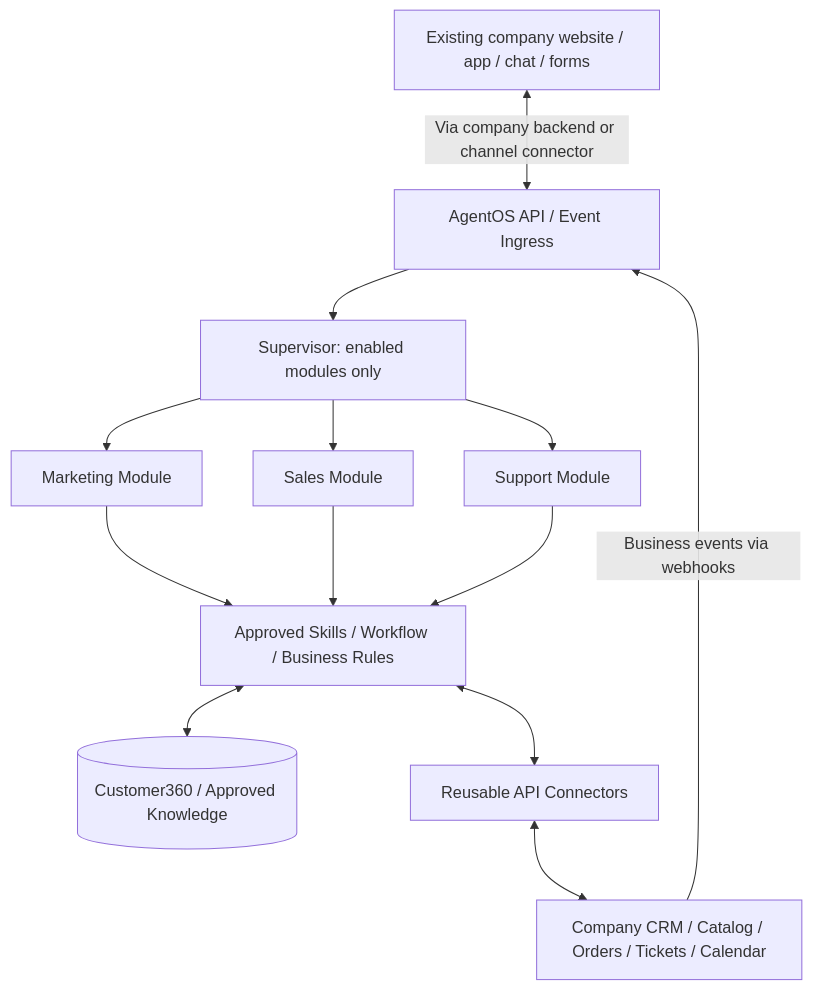
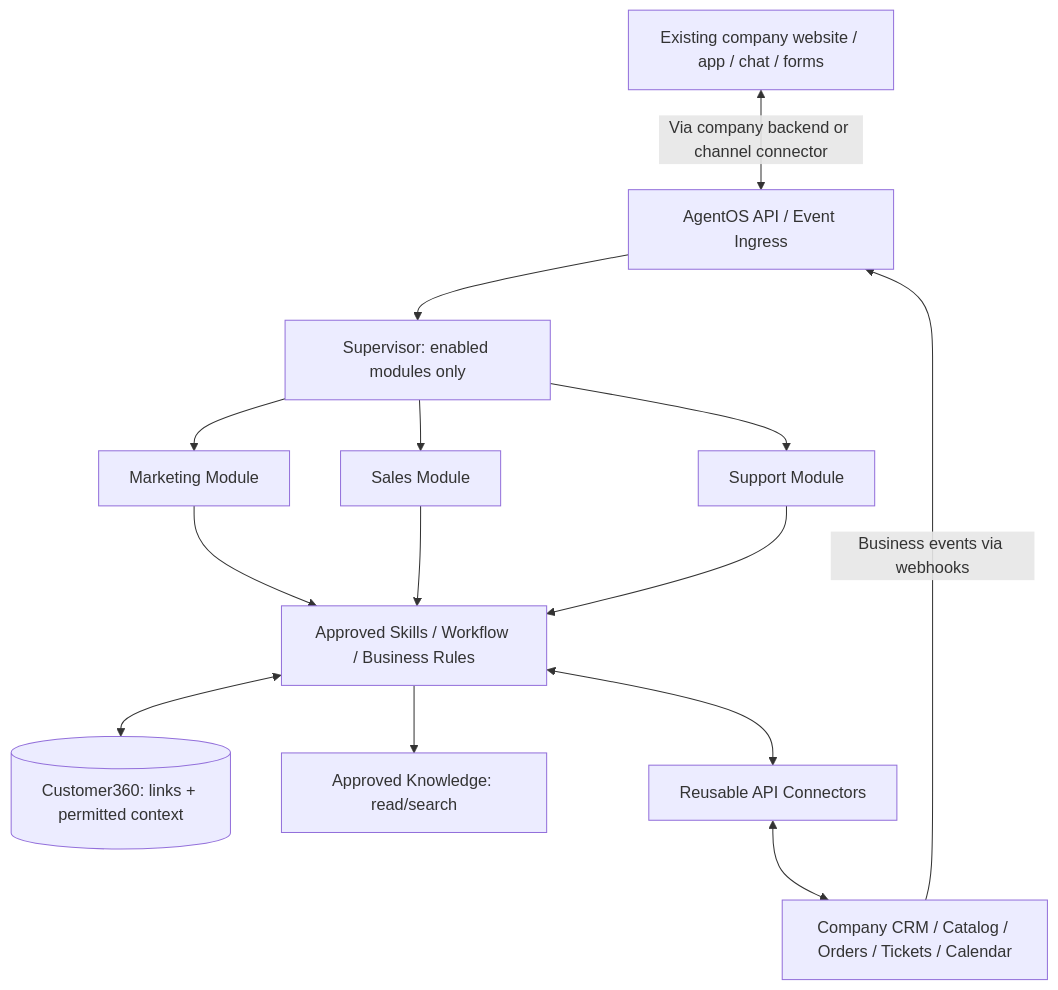
One commit to phongka79d/agent_solution changed the second of 2 diagrams in plans/platform/architecture.md. Above: the diagram before and after it, drawn with Mermaid. The commit also changed other lines of this file and 15 other files, not shown here.

First line of the commit message:
Enhance documentation across multiple modules with detailed sales flow, glossary, and API integration updates

````diff
--- a/plans/platform/architecture.md
+++ b/plans/platform/architecture.md
@@ -46,16 +50,17 @@
 ```mermaid
 flowchart TD
     App["Existing company website / app / chat / forms"]
     App <-->|Via company backend or channel connector| API["AgentOS API / Event Ingress"]
     API --> Supervisor["Supervisor: enabled modules only"]
     Supervisor --> Marketing["Marketing Module"]
     Supervisor --> Sales["Sales Module"]
     Supervisor --> Support["Support Module"]
     Marketing --> Execution["Approved Skills / Workflow / Business Rules"]
     Sales --> Execution
     Support --> Execution
-    Execution <--> Shared[("Customer360 / Approved Knowledge")]
+    Execution <--> C360[("Customer360: links + permitted context")]
+    Execution --> Knowledge["Approved Knowledge: read/search"]
     Execution <--> Connectors["Reusable API Connectors"]
     Connectors <--> Systems["Company CRM / Catalog / Orders / Tickets / Calendar"]
     Systems -->|Business events via webhooks| API
 ```
````
